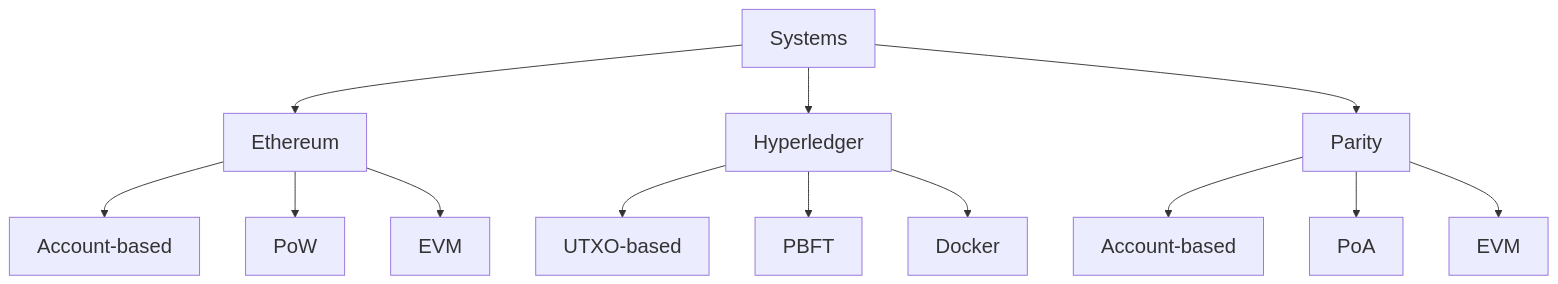
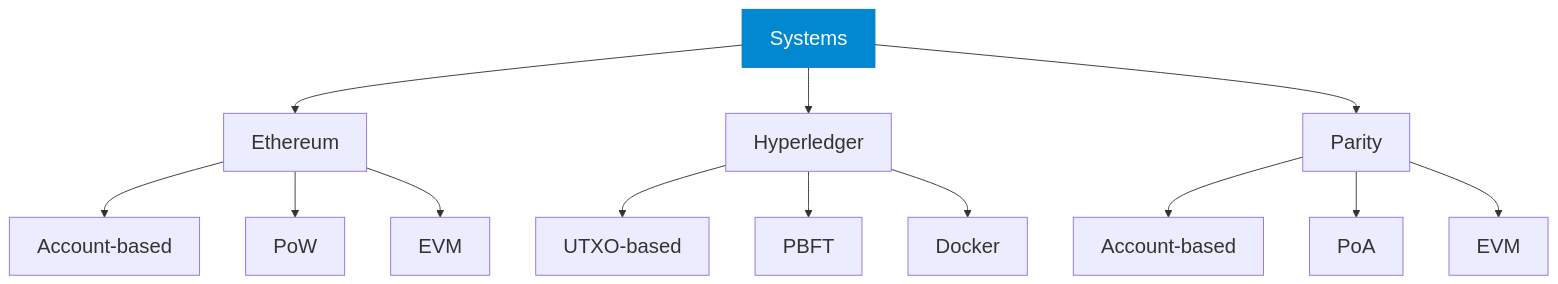
The tenth of 10 diagrams in blockbench-presentation.qmd (ces0491/blockbench-presentation), drawn with Mermaid before and after one commit. The commit also changed other lines of this file and 11 other files, not shown here.

````diff
--- a/blockbench-presentation.qmd
+++ b/blockbench-presentation.qmd
@@ -716,16 +781,17 @@
 ```{mermaid}
-%%{init: {'theme': 'default', 'themeVariables': { 'fontSize': '22px', 'primaryColor': '#7C0000', 'primaryBorderColor': '#7C0000', 'primaryTextColor': '#fff', 'secondaryColor': '#006100', 'secondaryBorderColor': '#006100', 'secondaryTextColor': '#fff' }}}%%
+%%{init: {'theme': 'default', 'themeVariables': {'fontSize': '22px'}}}%%
 graph TD
     A[Systems] --> B[Ethereum]
     A --> C[Hyperledger]
     A --> D[Parity]
     B --> B1[Account-based]
     B --> B2[PoW]
     B --> B3[EVM]
     C --> C1[UTXO-based]
     C --> C2[PBFT]
     C --> C3[Docker]
     D --> D1[Account-based]
     D --> D2[PoA]
     D --> D3[EVM]
+    style A fill:#0288d1,stroke:#0277bd,color:#fff
 ```
````
